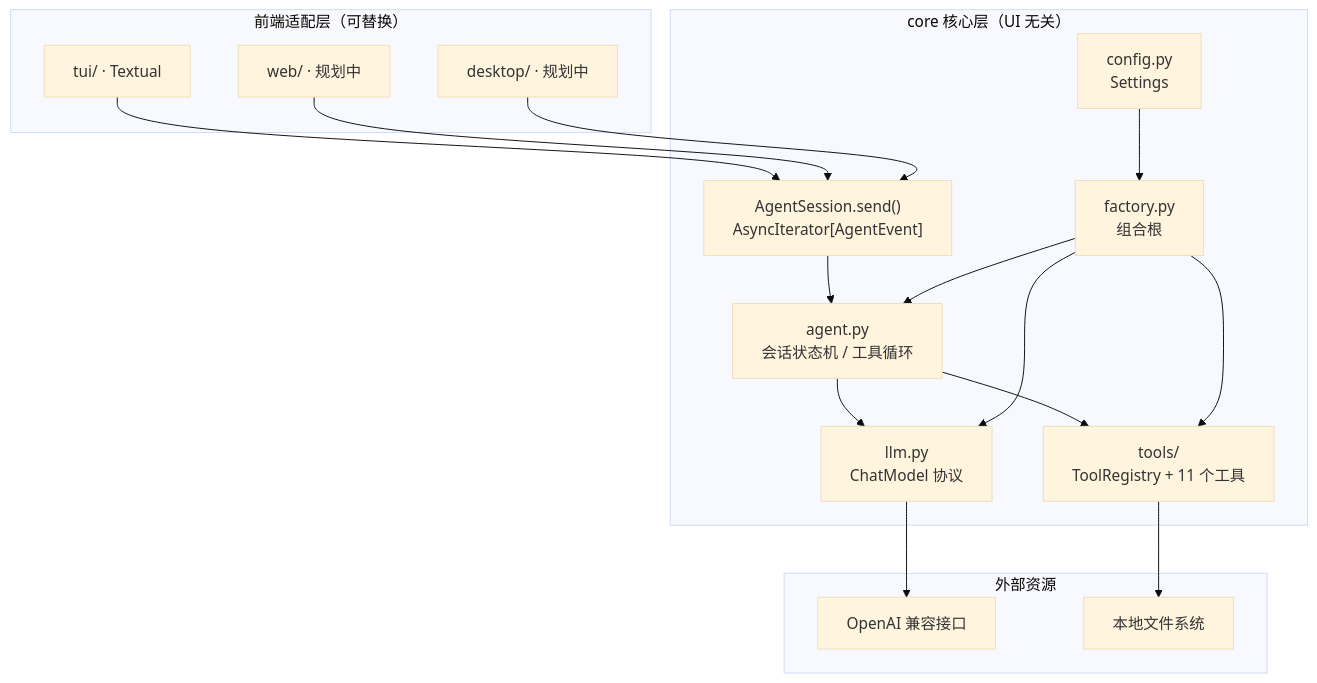
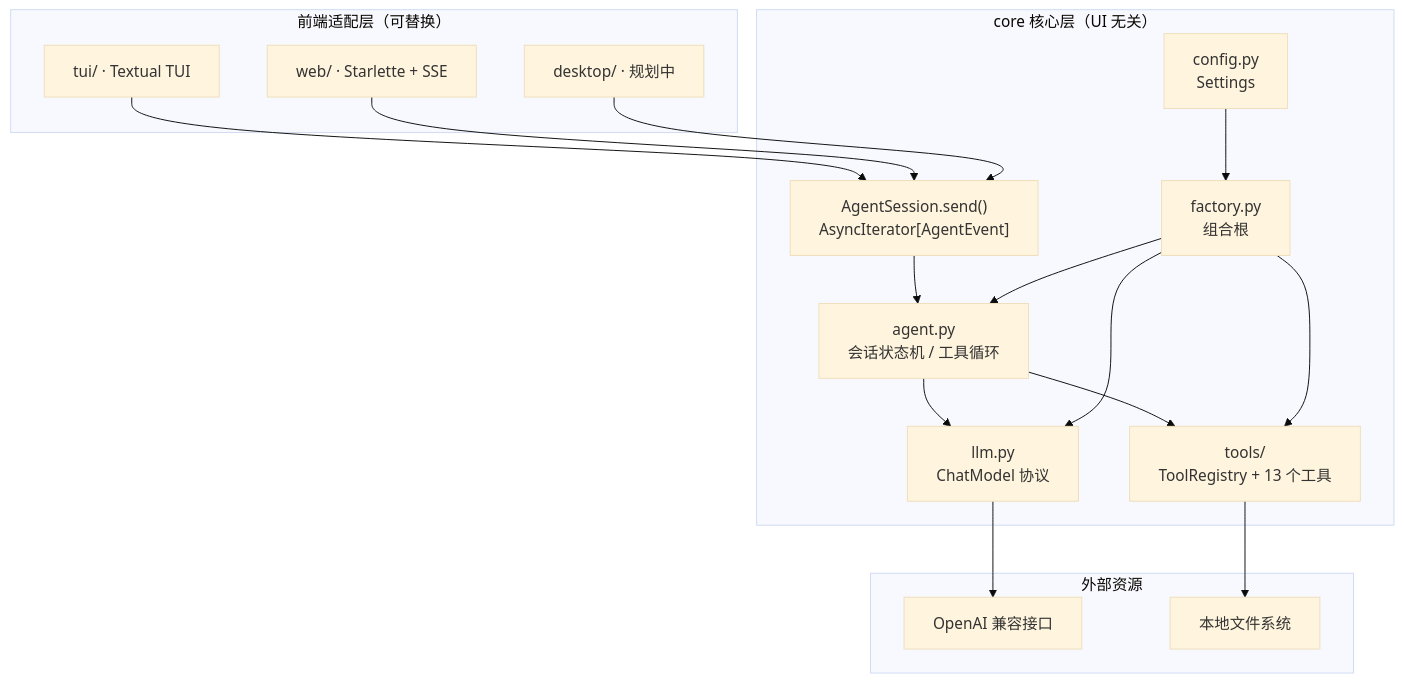
One commit to weiwei150/weiwei150 changed the diagram in agent/xagent/README.md. Above: the diagram before and after it, drawn with Mermaid (base theme). The commit also changed other lines of this file and 31 other files, not shown here.

Commit message:
Add xagent web UI and tools

````diff
--- a/agent/xagent/README.md
+++ b/agent/xagent/README.md
@@ -70,34 +84,34 @@
 ```mermaid
 flowchart TB
     subgraph FRONT["前端适配层（可替换）"]
-        TUI["tui/ · Textual"]
-        WEB["web/ · 规划中"]
+        TUI["tui/ · Textual TUI"]
+        WEB["web/ · Starlette + SSE"]
         DESKTOP["desktop/ · 规划中"]
     end
 
     subgraph CORE["core 核心层（UI 无关）"]
         API["AgentSession.send()<br/>AsyncIterator[AgentEvent]"]
         AGENT["agent.py<br/>会话状态机 / 工具循环"]
         LLM["llm.py<br/>ChatModel 协议"]
-        TOOLS["tools/<br/>ToolRegistry + 11 个工具"]
+        TOOLS["tools/<br/>ToolRegistry + 13 个工具"]
         CONFIG["config.py<br/>Settings"]
         FACTORY["factory.py<br/>组合根"]
     end
 
     subgraph EXT["外部资源"]
         APIEXT["OpenAI 兼容接口"]
         FS["本地文件系统"]
     end
 
     TUI --> API
     WEB --> API
     DESKTOP --> API
 
     API --> AGENT
     AGENT --> LLM --> APIEXT
     AGENT --> TOOLS --> FS
     FACTORY --> AGENT
     FACTORY --> LLM
     FACTORY --> TOOLS
     CONFIG --> FACTORY
 ```
````
